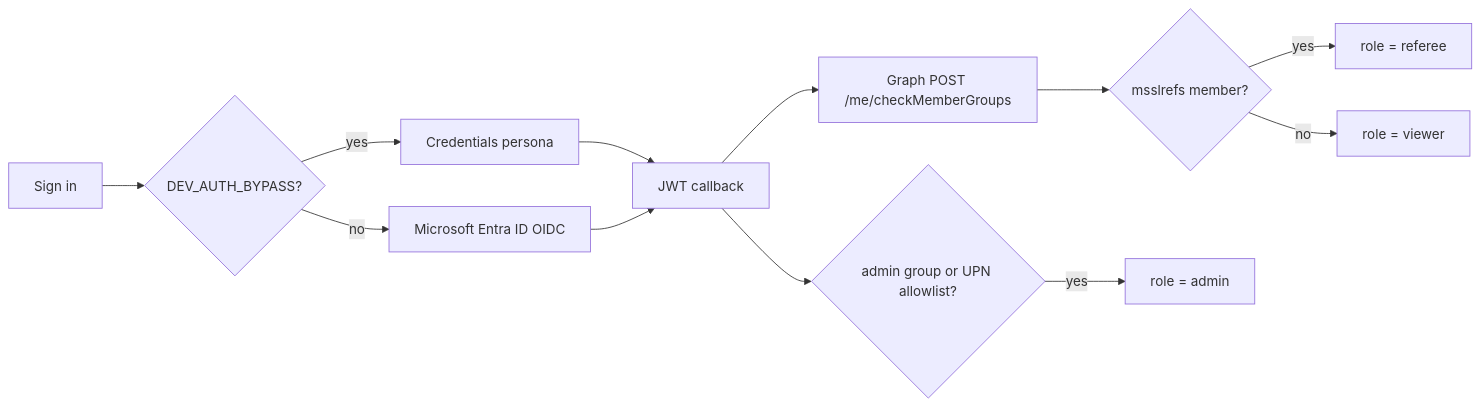
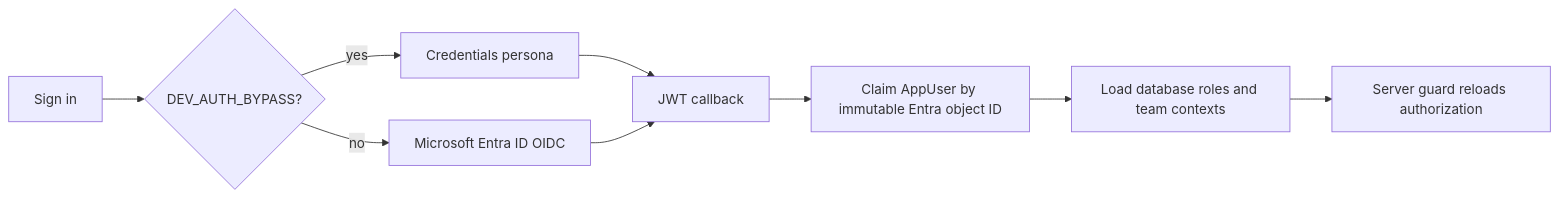
The diagram in README.md (mattboentoro/mssl), drawn with Mermaid before and after one commit. The commit also changed other lines of this file and 29 other files, not shown here.

````diff
--- a/README.md
+++ b/README.md
@@ -120,14 +121,11 @@
 ```mermaid
 flowchart LR
   A[Sign in] --> B{DEV_AUTH_BYPASS?}
   B -- yes --> C[Credentials persona]
   B -- no --> D[Microsoft Entra ID OIDC]
   C --> E[JWT callback]
   D --> E
-  E --> F["Graph POST /me/checkMemberGroups"]
-  F --> G{msslrefs member?}
-  G -- yes --> H[role = referee]
-  G -- no --> I[role = viewer]
-  E --> J{admin group or UPN allowlist?}
-  J -- yes --> K[role = admin]
+  E --> F[Claim AppUser by immutable Entra object ID]
+  F --> G[Load database roles and team contexts]
+  G --> H[Server guard reloads authorization]
 ```
````
